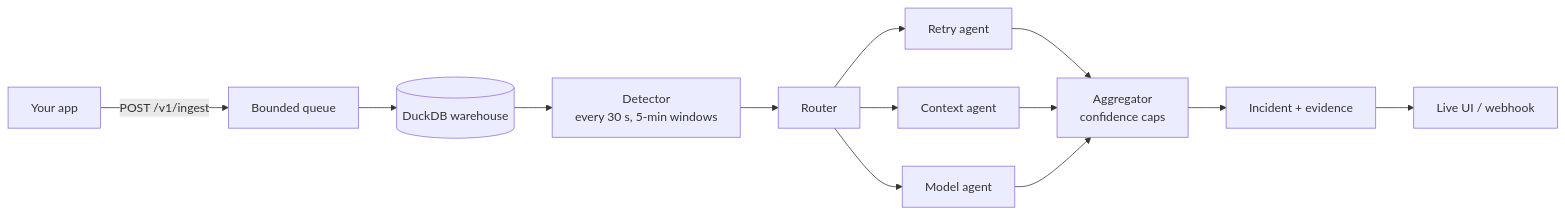
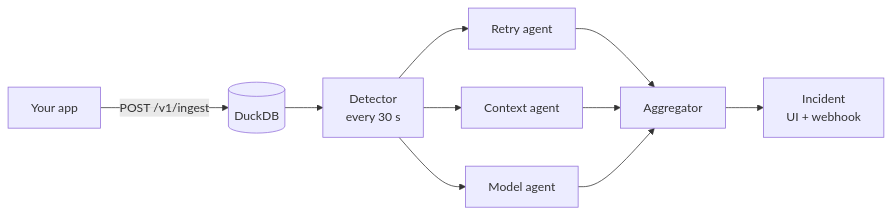
The diagram in README.md (prathameshk421/LLM_Cost_Investigator), drawn with Mermaid before and after one commit.

Commit message:
docs: smaller README diagram so it reads without zoom

````diff
--- a/README.md
+++ b/README.md
@@ -107,13 +107,9 @@
 ```mermaid
 flowchart LR
-  A[Your app] -->|POST /v1/ingest| Q[Bounded queue]
-  Q --> W[(DuckDB warehouse)]
-  W --> D[Detector<br/>every 30 s, 5-min windows]
-  D --> R[Router]
-  R --> A1[Retry agent]
-  R --> A2[Context agent]
-  R --> A3[Model agent]
-  A1 & A2 & A3 --> G[Aggregator<br/>confidence caps]
-  G --> I[Incident + evidence]
-  I --> UI[Live UI / webhook]
+  A[Your app] -->|POST /v1/ingest| W[(DuckDB)]
+  W --> D[Detector<br/>every 30 s]
+  D --> A1[Retry agent]
+  D --> A2[Context agent]
+  D --> A3[Model agent]
+  A1 & A2 & A3 --> G[Aggregator] --> I[Incident<br/>UI + webhook]
 ```
````
